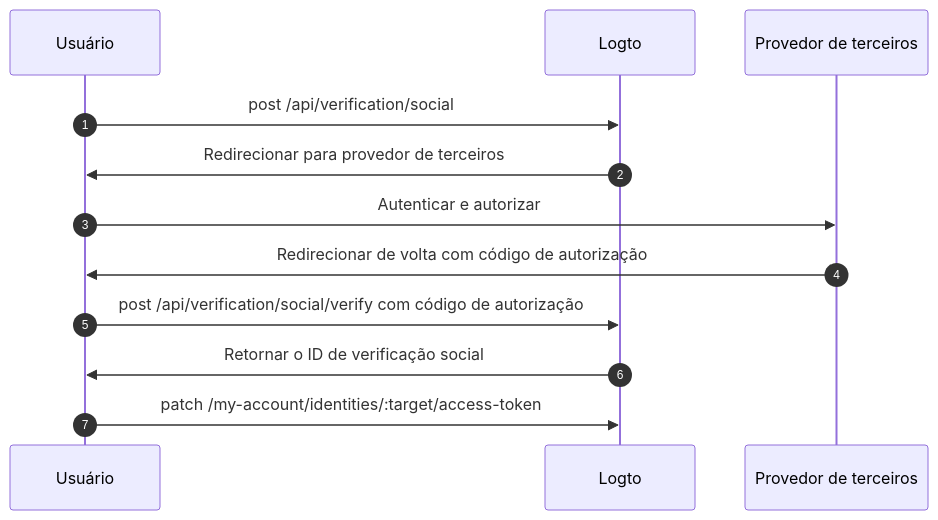
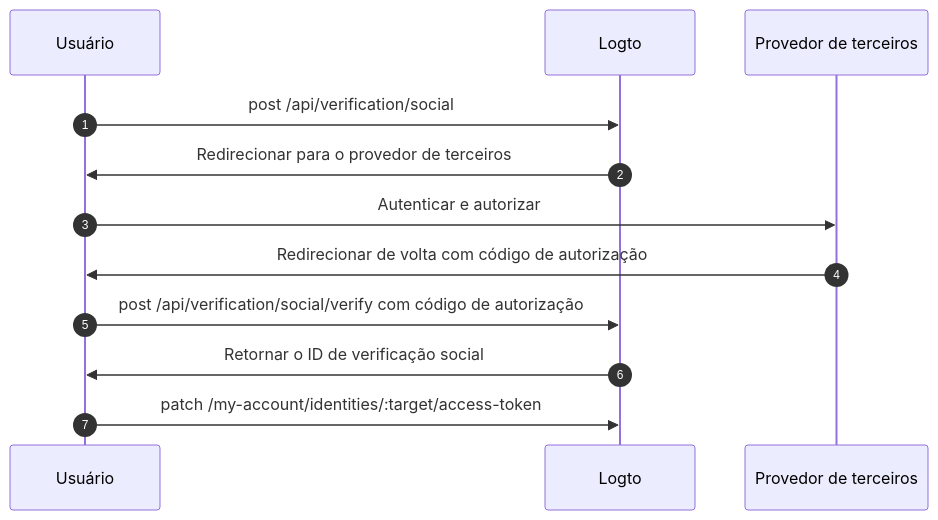
One commit to logto-io/docs changed the diagram in i18n/pt-BR/docusaurus-plugin-content-docs/current/secret-vault/federated-token-set.mdx. Above: the diagram before and after it, drawn with Mermaid. The commit also changed other lines of this file and 129 other files, not shown here.

````diff
--- a/i18n/pt-BR/docusaurus-plugin-content-docs/current/secret-vault/federated-token-set.mdx
+++ b/i18n/pt-BR/docusaurus-plugin-content-docs/current/secret-vault/federated-token-set.mdx
@@ -146,16 +146,16 @@
 ```mermaid
 sequenceDiagram
     autonumber
 
     participant User as Usuário
     participant Logto as Logto
     participant Provider as Provedor de terceiros
 
     User->>Logto: post /api/verification/social
-    Logto->>User: Redirecionar para provedor de terceiros
+    Logto->>User: Redirecionar para o provedor de terceiros
     User->>Provider: Autenticar e autorizar
     Provider->>User: Redirecionar de volta com código de autorização
     User->>Logto: post /api/verification/social/verify com código de autorização
     Logto->>User: Retornar o ID de verificação social
     User->>Logto: patch /my-account/identities/:target/access-token
 ```
````
